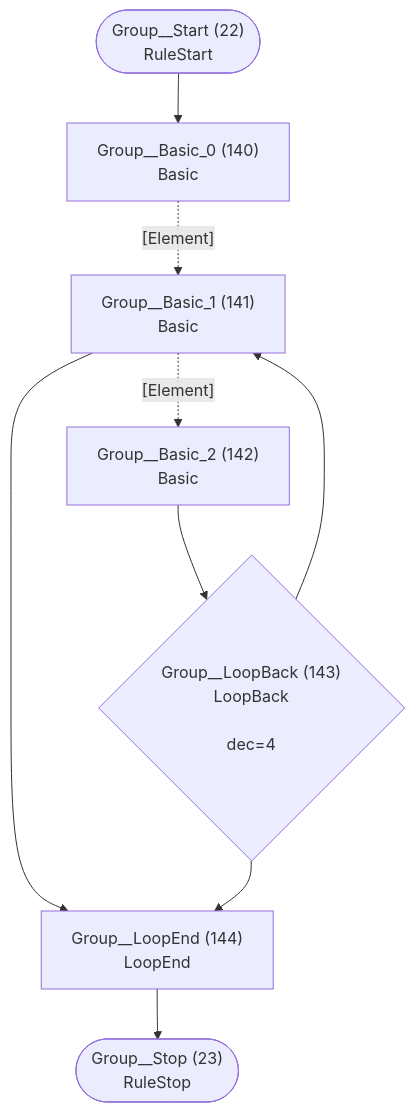
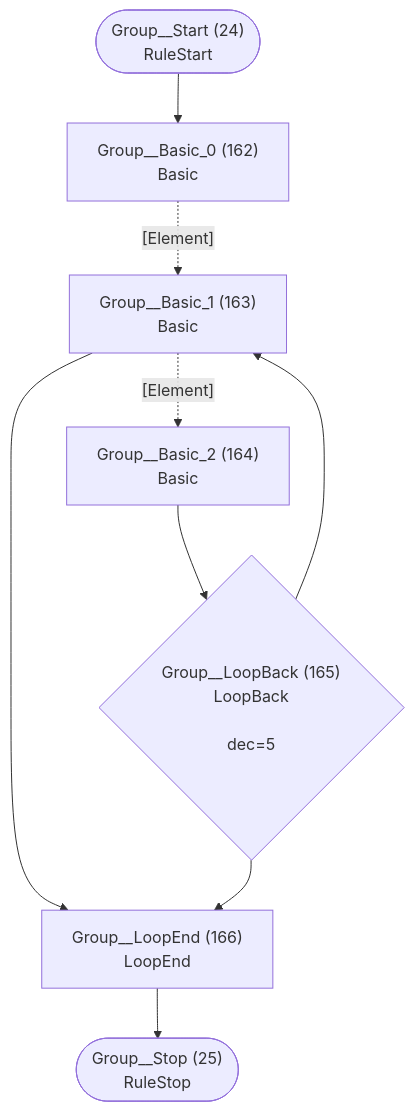
One commit to TypeFox/fastbelt changed diagram 13 of 26 in internal/grammar/atn.md. Above: the diagram before and after it, drawn with Mermaid. The commit also changed other lines of this file and 51 other files, not shown here.

````diff
--- a/internal/grammar/atn.md
+++ b/internal/grammar/atn.md
@@ -312,19 +366,19 @@
 ```mermaid
 flowchart TD
-    q22(["Group__Start (22)<br/>RuleStart"])
-    q23(["Group__Stop (23)<br/>RuleStop"])
-    q140["Group__Basic_0 (140)<br/>Basic<br/>"]
-    q141["Group__Basic_1 (141)<br/>Basic<br/>"]
-    q142["Group__Basic_2 (142)<br/>Basic<br/>"]
-    q143{"Group__LoopBack (143)<br/>LoopBack<br/><br/>dec=4"}
-    q144["Group__LoopEnd (144)<br/>LoopEnd<br/>"]
+    q24(["Group__Start (24)<br/>RuleStart"])
+    q25(["Group__Stop (25)<br/>RuleStop"])
+    q162["Group__Basic_0 (162)<br/>Basic<br/>"]
+    q163["Group__Basic_1 (163)<br/>Basic<br/>"]
+    q164["Group__Basic_2 (164)<br/>Basic<br/>"]
+    q165{"Group__LoopBack (165)<br/>LoopBack<br/><br/>dec=5"}
+    q166["Group__LoopEnd (166)<br/>LoopEnd<br/>"]
 
-    q22 --> q140
-    q140 -.->|"[Element]"| q141
-    q141 -.->|"[Element]"| q142
-    q141 --> q144
-    q142 --> q143
-    q143 --> q141
-    q143 --> q144
-    q144 --> q23
+    q24 --> q162
+    q162 -.->|"[Element]"| q163
+    q163 -.->|"[Element]"| q164
+    q163 --> q166
+    q164 --> q165
+    q165 --> q163
+    q165 --> q166
+    q166 --> q25
 ```
````
